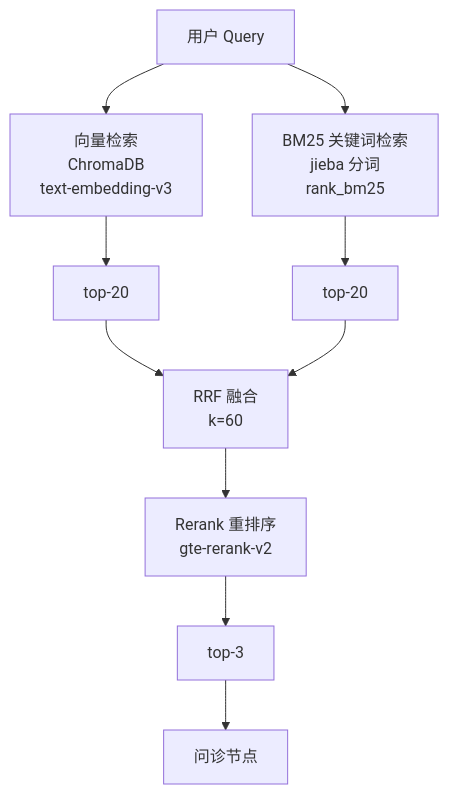
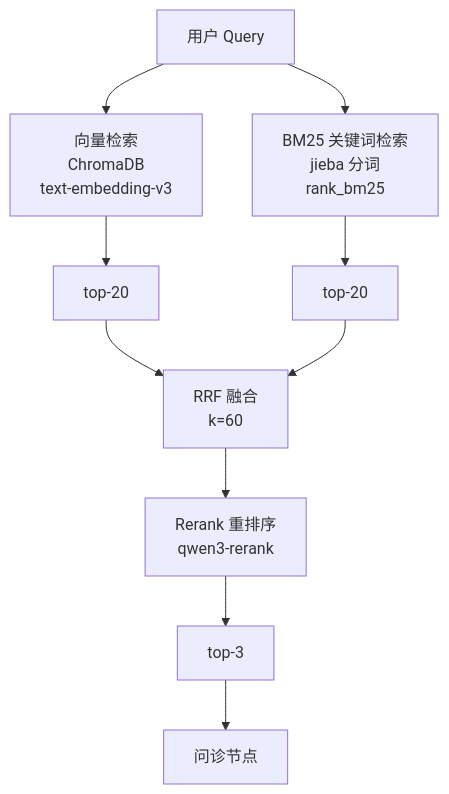
The second of 2 diagrams in README.md (zhang-in-ucas/MediGuard), drawn with Mermaid before and after one commit. The commit also changed other lines of this file and 14 other files, not shown here.

````diff
--- a/README.md
+++ b/README.md
@@ -60,12 +60,12 @@
 ```mermaid
 flowchart TD
     Q["用户 Query"] --> V["向量检索<br/>ChromaDB<br/>text-embedding-v3"]
     Q --> B["BM25 关键词检索<br/>jieba 分词<br/>rank_bm25"]
     V --> V20["top-20"]
     B --> B20["top-20"]
     V20 --> RRF["RRF 融合<br/>k=60"]
     B20 --> RRF
-    RRF --> R["Rerank 重排序<br/>gte-rerank-v2"]
+    RRF --> R["Rerank 重排序<br/>qwen3-rerank"]
     R --> T3["top-3"]
     T3 --> D["问诊节点"]
 ```
````
